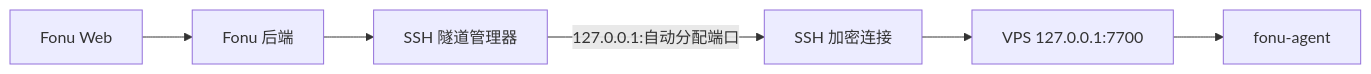
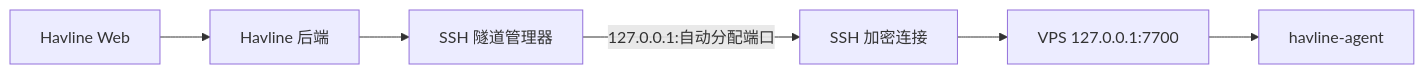
The diagram in docs/agent-listen-strategy-plan.md (mrlee233/havline), drawn with Mermaid before and after one commit. The commit also changed other lines of this file and 252 other files, not shown here.

Commit message:
feat: rename project from Fonu to Havline

````diff
--- a/docs/agent-listen-strategy-plan.md
+++ b/docs/agent-listen-strategy-plan.md
@@ -182,8 +182,8 @@
 ```mermaid
 flowchart LR
-    Web[Fonu Web] --> API[Fonu 后端]
+    Web[Havline Web] --> API[Havline 后端]
     API --> Tunnel[SSH 隧道管理器]
     Tunnel -->|127.0.0.1:自动分配端口| SSH[SSH 加密连接]
     SSH --> VPSLoopback[VPS 127.0.0.1:7700]
-    VPSLoopback --> Agent[fonu-agent]
+    VPSLoopback --> Agent[havline-agent]
 ```
````
